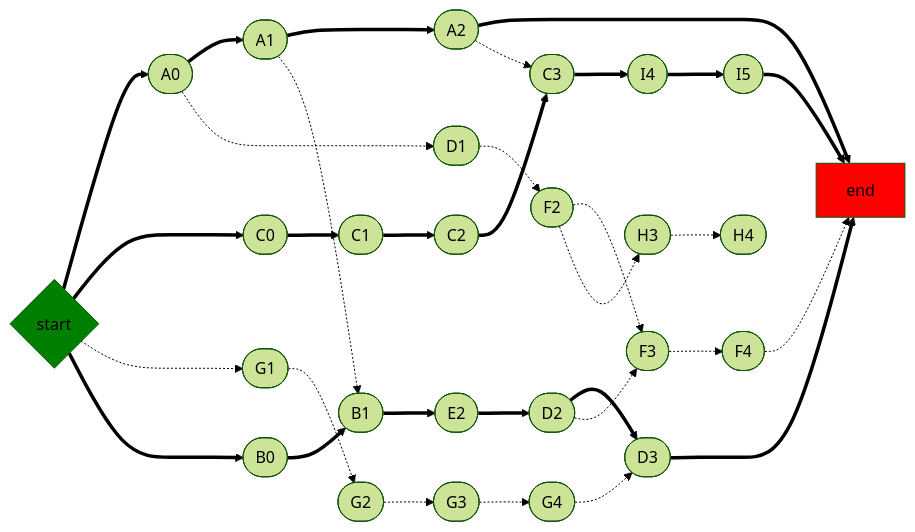
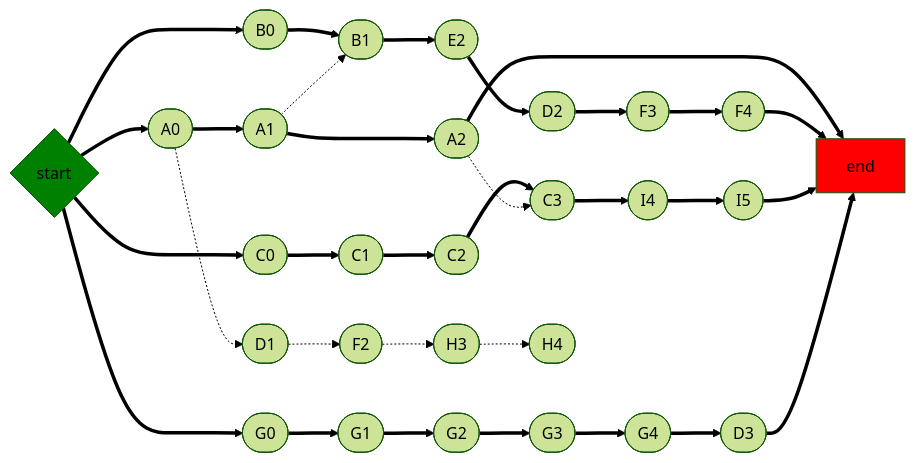
The sixth of 7 diagrams in README.md (AllenLeeyn/lem-in), drawn with Mermaid (forest theme) before and after one commit. The commit also changed other lines of this file and 11 other files, not shown here.

````diff
--- a/README.md
+++ b/README.md
@@ -119,16 +119,14 @@
 ```mermaid
 flowchart LR
 Start{start} ==> A0([A0]) ==> A1([A1]) ==> A2([A2]) ==> End[end]
+Start{start} ==> B0([B0]) ==> B1([B1]) ==> E2([E2]) ==> D2([D2]) ==> F3([F3]) ==> F4([F4]) ==> End[end]
 Start{start} ==> C0([C0]) ==> C1([C1]) ==> C2([C2]) ==> C3([C3]) ==> I4([I4]) ==> I5([I5]) ==> End[end]
-Start{start} -.-> G1([G1]) -.-> G2([G2]) -.-> G3([G3]) -.-> G4([G4]) -.-> D3([D3])
-Start{start} ==> B0([B0]) ==> B1([B1]) ==> E2([E2]) ==> D2([D2]) ==> D3([D3]) ==> End[end]
-A0([A0]) -.-> D1([D1]) -.-> F2([F2]) -.-> F3([F3]) -.-> F4([F4]) -.-> End[end]
+Start{start} ==> G0([G0]) ==> G1([G1]) ==> G2([G2]) ==> G3([G3]) ==> G4([G4]) ==> D3([D3]) ==> End[end]
+A0([A0]) -.-> D1([D1]) -.-> F2([F2]) -.-> H3([H3]) -.-> H4([H4])
 A1([A1]) -.-> B1([B1])
 A2([A2]) -.-> C3([C3])
-D2([D2]) -.-> F3([F3])
-F2([F2]) -.-> H3([H3]) -.-> H4([H4])
 
 %%style
     style Start fill:green
     style End fill:red
 ```
````
